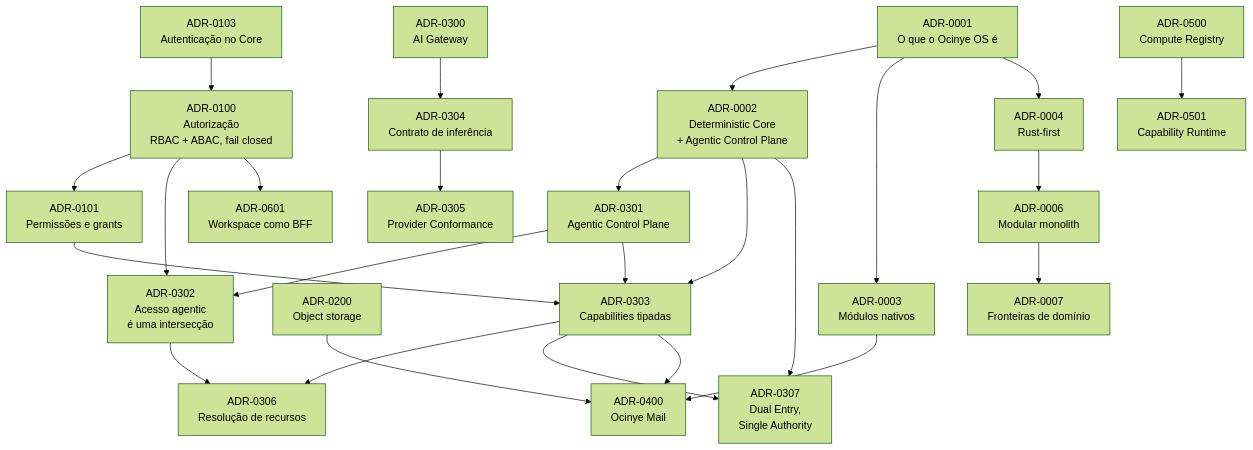
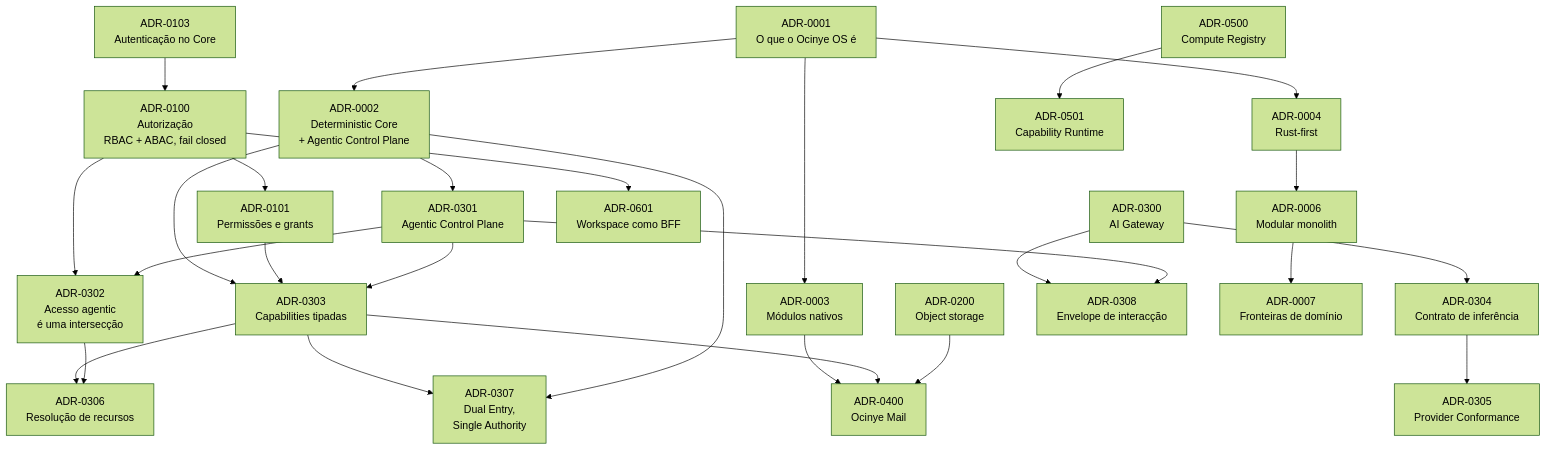
One commit to Ocinye/ocinye-os changed the diagram in docs/adrs/README.md. Above: the diagram before and after it, drawn with Mermaid (forest theme). The commit also changed other lines of this file and 11 other files, not shown here.

````diff
--- a/docs/adrs/README.md
+++ b/docs/adrs/README.md
@@ -38,53 +38,56 @@
 ```mermaid
 flowchart TB
     A0001["ADR-0001<br/>O que o Ocinye OS é"]
     A0002["ADR-0002<br/>Deterministic Core<br/>+ Agentic Control Plane"]
     A0003["ADR-0003<br/>Módulos nativos"]
     A0004["ADR-0004<br/>Rust-first"]
     A0100["ADR-0100<br/>Autorização<br/>RBAC + ABAC, fail closed"]
 
     A0006["ADR-0006<br/>Modular monolith"]
     A0101["ADR-0101<br/>Permissões e grants"]
     A0103["ADR-0103<br/>Autenticação no Core"]
     A0200["ADR-0200<br/>Object storage"]
     A0300["ADR-0300<br/>AI Gateway"]
     A0301["ADR-0301<br/>Agentic Control Plane"]
     A0302["ADR-0302<br/>Acesso agentic<br/>é uma intersecção"]
     A0303["ADR-0303<br/>Capabilities tipadas"]
     A0304["ADR-0304<br/>Contrato de inferência"]
     A0305["ADR-0305<br/>Provider Conformance"]
     A0306["ADR-0306<br/>Resolução de recursos"]
     A0307["ADR-0307<br/>Dual Entry,<br/>Single Authority"]
+    A0308["ADR-0308<br/>Envelope de interacção"]
     A0400["ADR-0400<br/>Ocinye Mail"]
     A0500["ADR-0500<br/>Compute Registry"]
     A0501["ADR-0501<br/>Capability Runtime"]
     A0601["ADR-0601<br/>Workspace como BFF"]
 
     A0001 --> A0002
     A0001 --> A0003
     A0001 --> A0004
     A0002 --> A0301
     A0002 --> A0303
     A0003 --> A0400
     A0004 --> A0006
     A0006 --> A0007["ADR-0007<br/>Fronteiras de domínio"]
 
     A0100 --> A0101
     A0100 --> A0302
     A0100 --> A0601
     A0101 --> A0303
     A0103 --> A0100
 
     A0300 --> A0304
     A0304 --> A0305
+    A0300 --> A0308
+    A0301 --> A0308
     A0303 --> A0306
     A0302 --> A0306
     A0301 --> A0302
     A0301 --> A0303
     A0303 --> A0307
     A0002 --> A0307
     A0303 --> A0400
 
     A0200 --> A0400
     A0500 --> A0501
 ```
````
